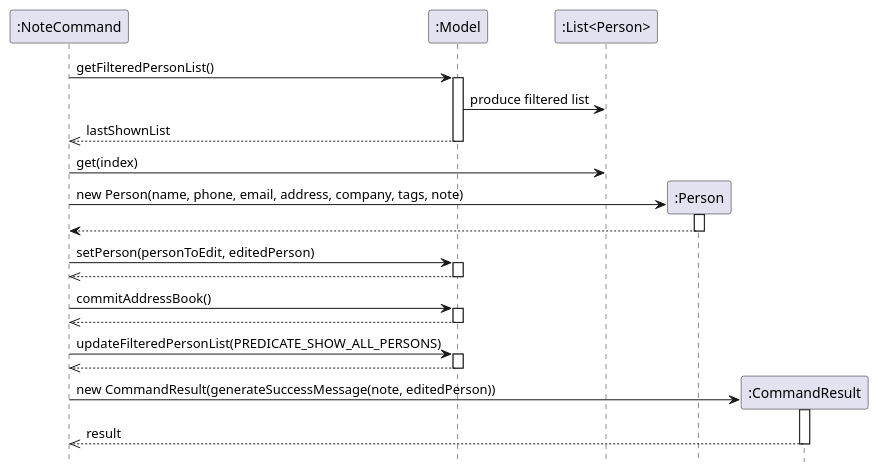
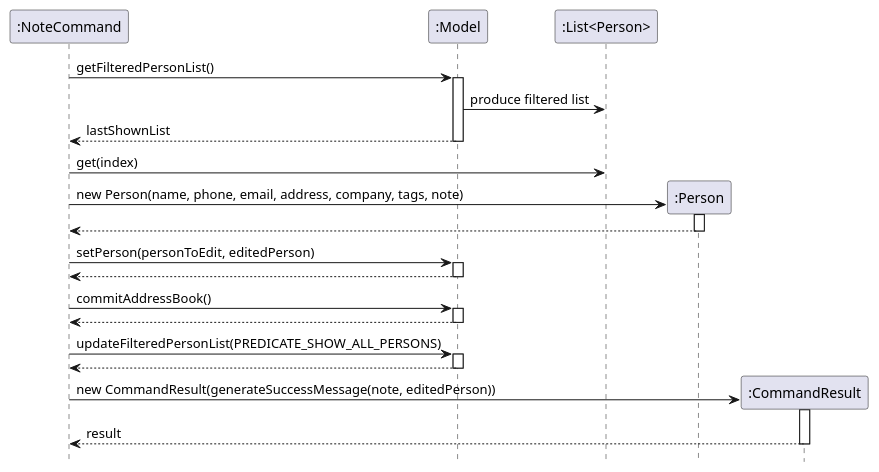
The diagram in docs/diagrams/add-remark/NoteCommandSequence.puml (tokitobashi1/tp), drawn with PlantUML before and after one commit.

Commit message:
Fix arrow directions in NoteCommandSequence diagram

```diff
--- a/docs/diagrams/add-remark/NoteCommandSequence.puml
+++ b/docs/diagrams/add-remark/NoteCommandSequence.puml
@@ -1,48 +1,48 @@
 @startuml NoteCommandInternalSequence
 hide footbox
 skinparam ArrowFontStyle plain
 
 participant ":NoteCommand" as NoteCommand
 participant ":Model" as Model
 participant ":List<Person>" as LastShownList
 participant ":Person" as EditedPerson
 participant ":CommandResult" as CommandResult
 
 NoteCommand -> Model : getFilteredPersonList()
 activate Model
 Model -> LastShownList : produce filtered list
-Model -->> NoteCommand : lastShownList
+Model --> NoteCommand : lastShownList
 deactivate Model
 
 NoteCommand -> LastShownList : get(index)
 
 ' Ensure EditedPerson lifeline exists at top, then send constructor and activate immediately
 create EditedPerson
 NoteCommand -> EditedPerson : new Person(name, phone, email, address, company, tags, note)
 activate EditedPerson
-EditedPerson --> NoteCommand 
+EditedPerson --> NoteCommand
 deactivate EditedPerson
 
 NoteCommand -> Model : setPerson(personToEdit, editedPerson)
 activate Model
-Model -->> NoteCommand
+Model --> NoteCommand
 deactivate Model
 
 NoteCommand -> Model : commitAddressBook()
 activate Model
-Model -->> NoteCommand 
+Model --> NoteCommand
 deactivate Model
 
 NoteCommand -> Model : updateFilteredPersonList(PREDICATE_SHOW_ALL_PERSONS)
 activate Model
-Model -->> NoteCommand 
+Model --> NoteCommand
 deactivate Model
 
 ' CommandResult: create first to reserve top placement, then constructor and activation attached to class box
 create CommandResult
 NoteCommand -> CommandResult : new CommandResult(generateSuccessMessage(note, editedPerson))
 activate CommandResult
-CommandResult -->> NoteCommand : result
+CommandResult --> NoteCommand : result
 deactivate CommandResult
 
 @enduml
```
